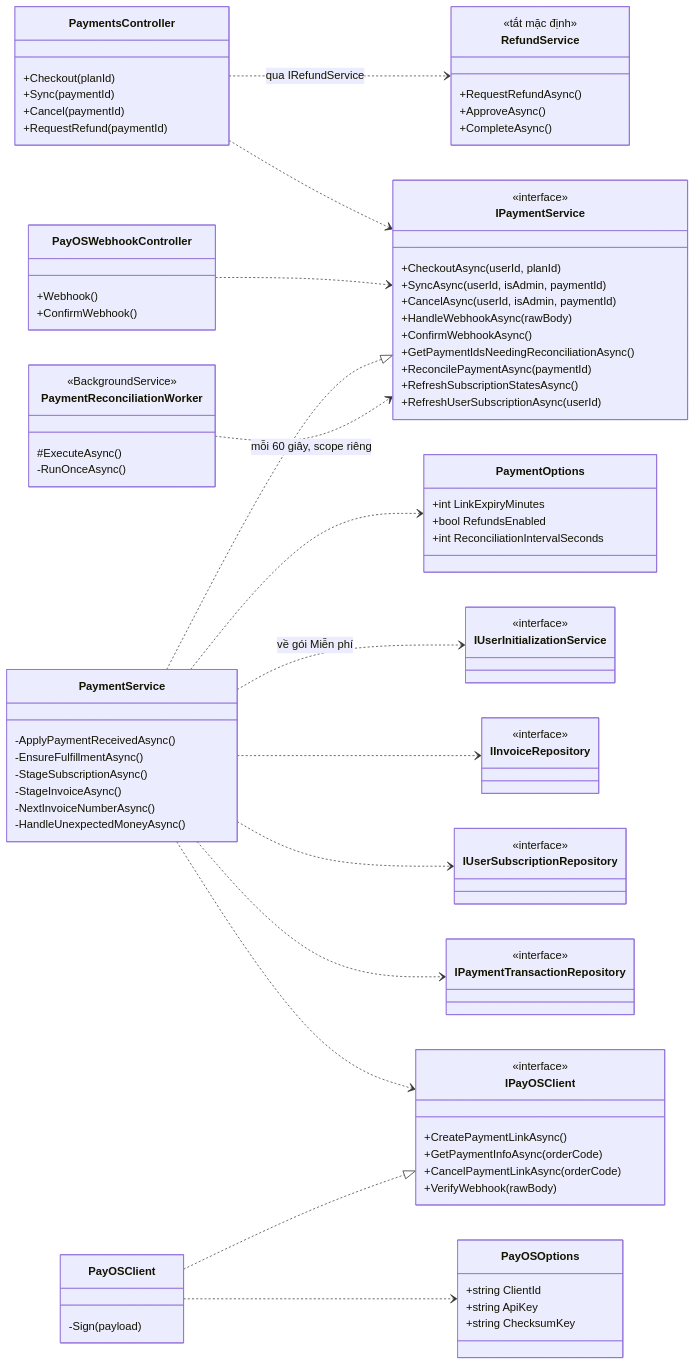
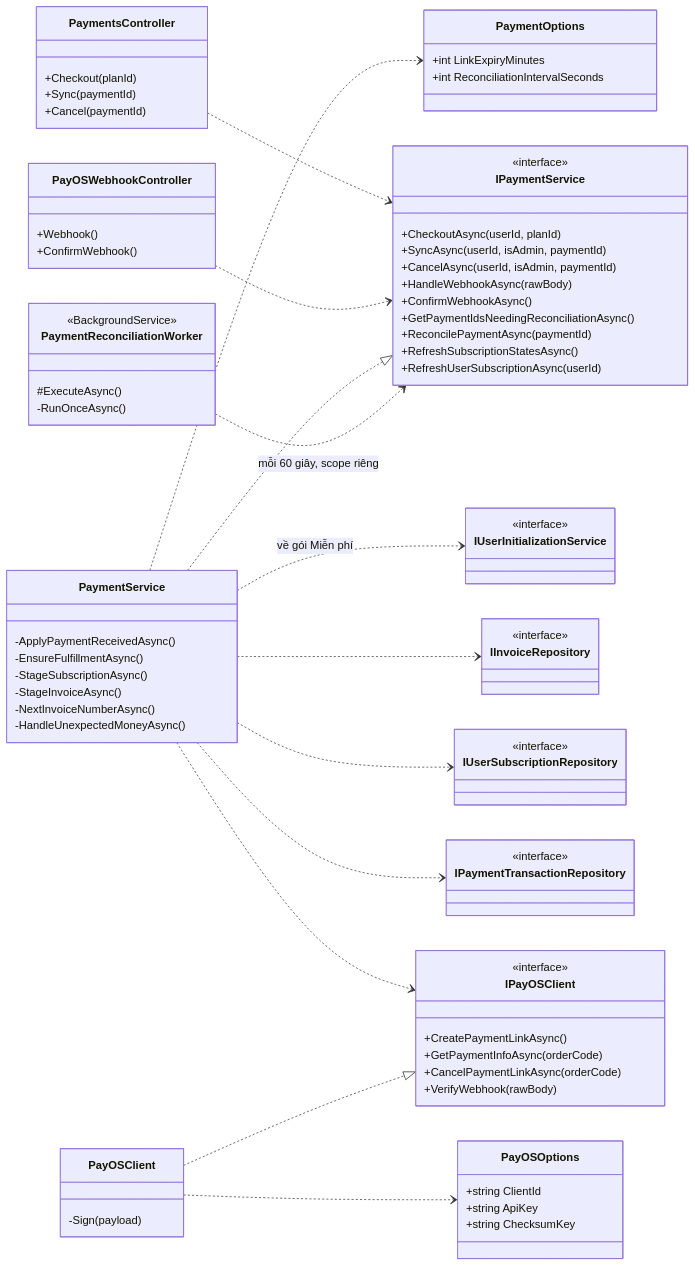
One commit to Capstone-GFA26SE116/Backend changed the sixth of 23 diagrams in docs/REPO_GUIDE.md. Above: the diagram before and after it, drawn with Mermaid. The commit also changed other lines of this file and 108 other files, not shown here.

````diff
--- a/docs/REPO_GUIDE.md
+++ b/docs/REPO_GUIDE.md
@@ -1367,7 +1337,6 @@
         +Checkout(planId)
         +Sync(paymentId)
         +Cancel(paymentId)
-        +RequestRefund(paymentId)
     }
     class PayOSWebhookController {
         +Webhook()
@@ -1405,7 +1374,6 @@
     }
     class PaymentOptions {
         +int LinkExpiryMinutes
-        +bool RefundsEnabled
         +int ReconciliationIntervalSeconds
     }
     class PayOSOptions {
@@ -1430,13 +1398,6 @@
         #ExecuteAsync()
         -RunOnceAsync()
     }
-    class RefundService {
-        <<tắt mặc định>>
-        +RequestRefundAsync()
-        +ApproveAsync()
-        +CompleteAsync()
-    }
-
     PaymentsController ..> IPaymentService
     PayOSWebhookController ..> IPaymentService
     PaymentService ..|> IPaymentService
@@ -1449,5 +1410,4 @@
     PaymentService ..> PaymentOptions
     PayOSClient ..> PayOSOptions
     PaymentReconciliationWorker ..> IPaymentService : mỗi 60 giây, scope riêng
-    PaymentsController ..> RefundService : qua IRefundService
 ```
````
